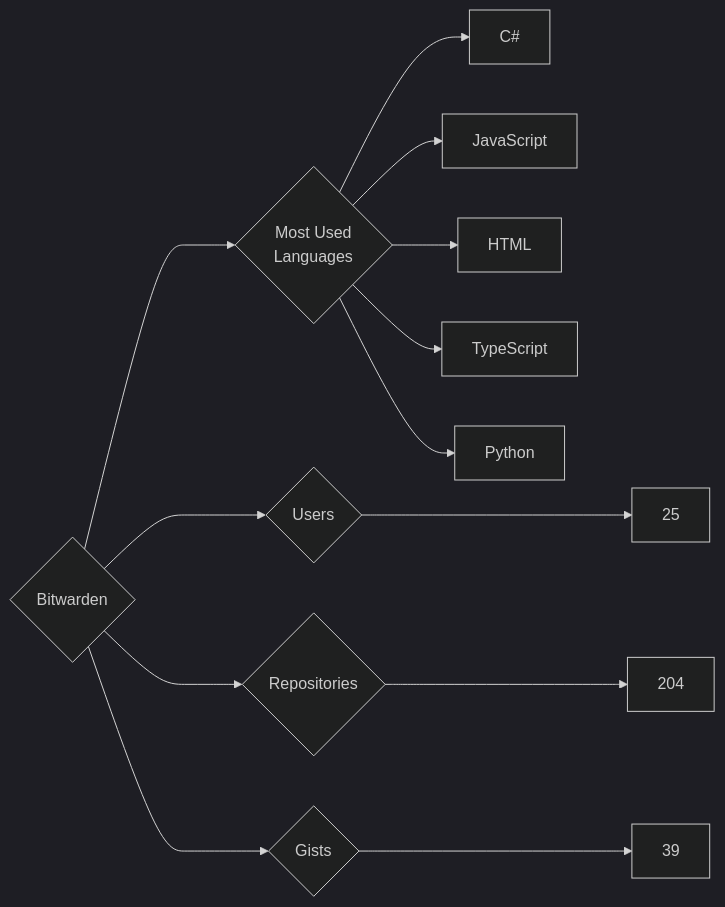
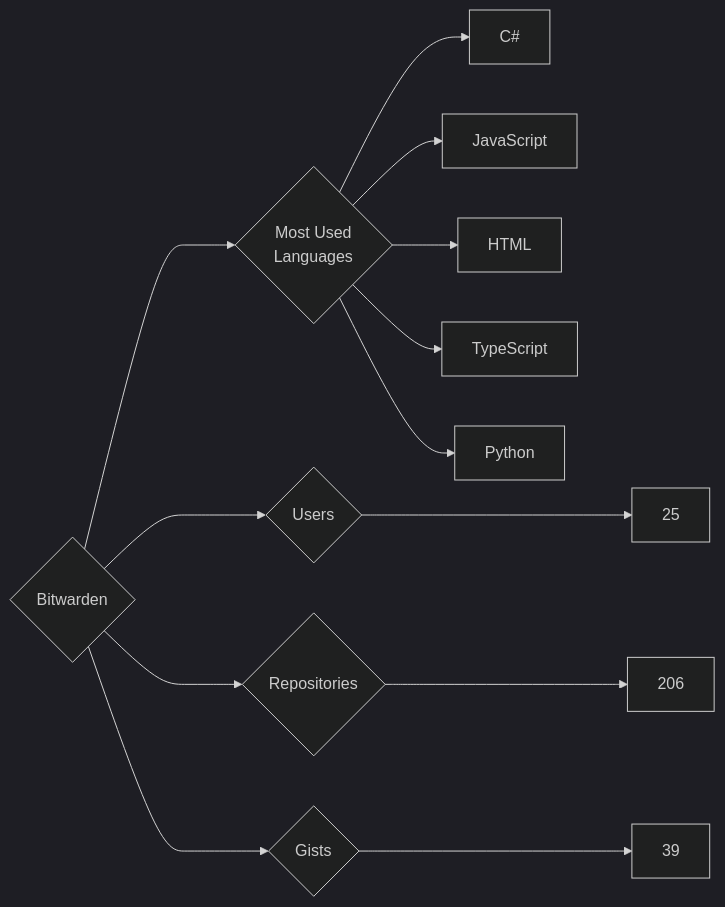
The diagram in targets/Bitwarden/README.md (trickest/insiders), drawn with Mermaid (dark theme) before and after one commit. The commit also changed 611 other files, not shown here.

````diff
--- a/targets/Bitwarden/README.md
+++ b/targets/Bitwarden/README.md
@@ -3,13 +3,13 @@
 ```mermaid
 graph LR
 COMPANY_NAME{Bitwarden}
 COMPANY_NAME ---> U{Users} ---> UN[25]
-COMPANY_NAME ---> R{Repositories} ---> RN[204]
+COMPANY_NAME ---> R{Repositories} ---> RN[206]
 COMPANY_NAME ---> G{Gists} ---> GN[39]
 COMPANY_NAME ---> ML{Most Used<br>Languages}
 ML --> C#[C#]
 ML --> JavaScript[JavaScript]
 ML --> HTML[HTML]
 ML --> TypeScript[TypeScript]
 ML --> Python[Python]
 ```
````
